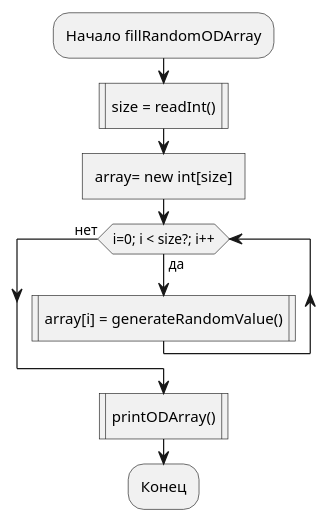
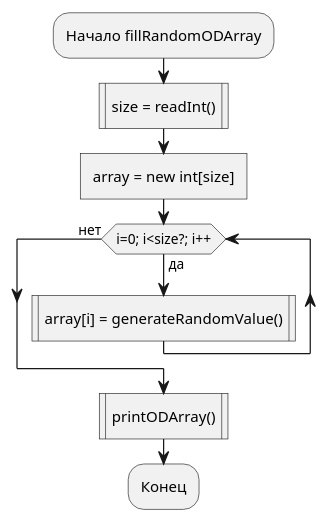
Before and after one commit to mrandrewer/hse-java-lab2: the first of 8 diagrams in diagrams.md, drawn with PlantUML. The commit also changed other lines of this file, not shown here.

Commit message:
Diagrams for tasks 1.1-1.6

````diff
--- a/diagrams.md
+++ b/diagrams.md
@@ -3,12 +3,13 @@
 ```plantuml
 @startuml
+skinparam ConditionEndStyle hline
 :Начало fillRandomODArray;
-:size = readInt(); <<procedure>> 
-:array= new int[size]; <<task>> 
-while (i=0; i < size?; i++) is (да)
-  :array[i] = generateRandomValue(); <<procedure>> 
+:size = readInt(); <<procedure>>
+:array = new int[size]; <<task>>
+while (i=0; i<size?; i++) is (да)
+  :array[i] = generateRandomValue(); <<procedure>>
 endwhile (нет)
-:printODArray(); <<procedure>> 
+:printODArray(); <<procedure>>
 :Конец;
 @enduml
 ```
````
